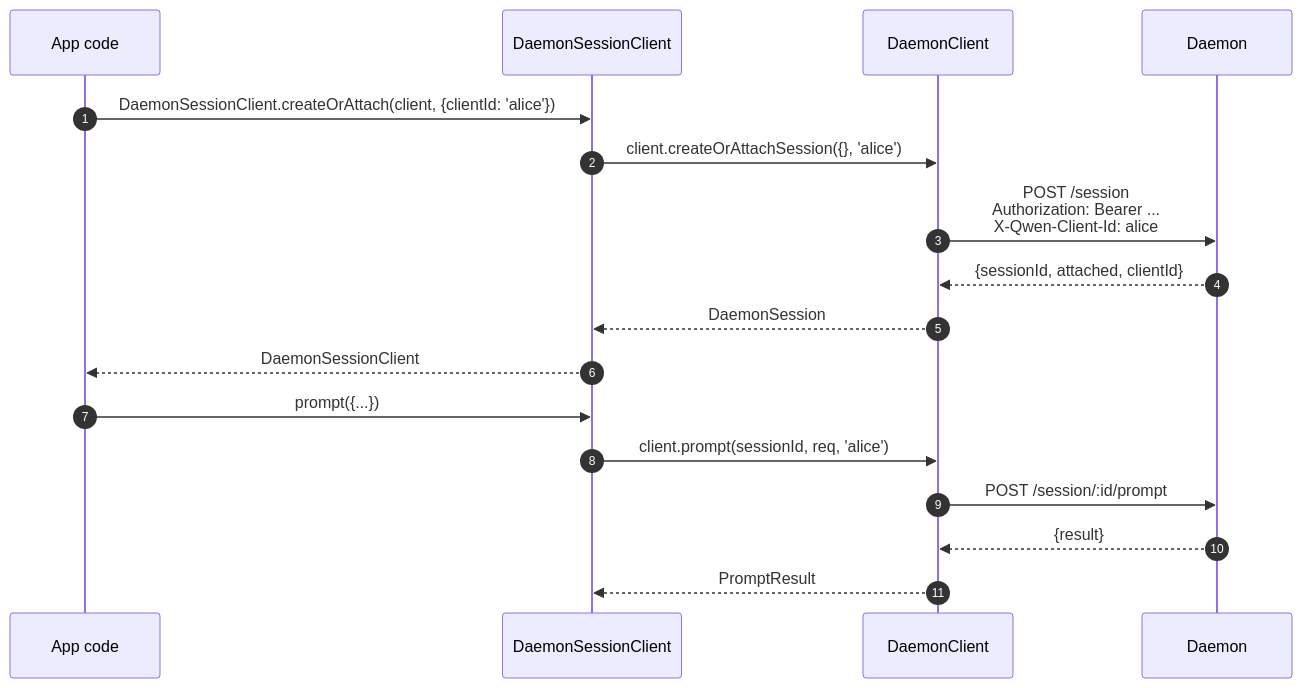
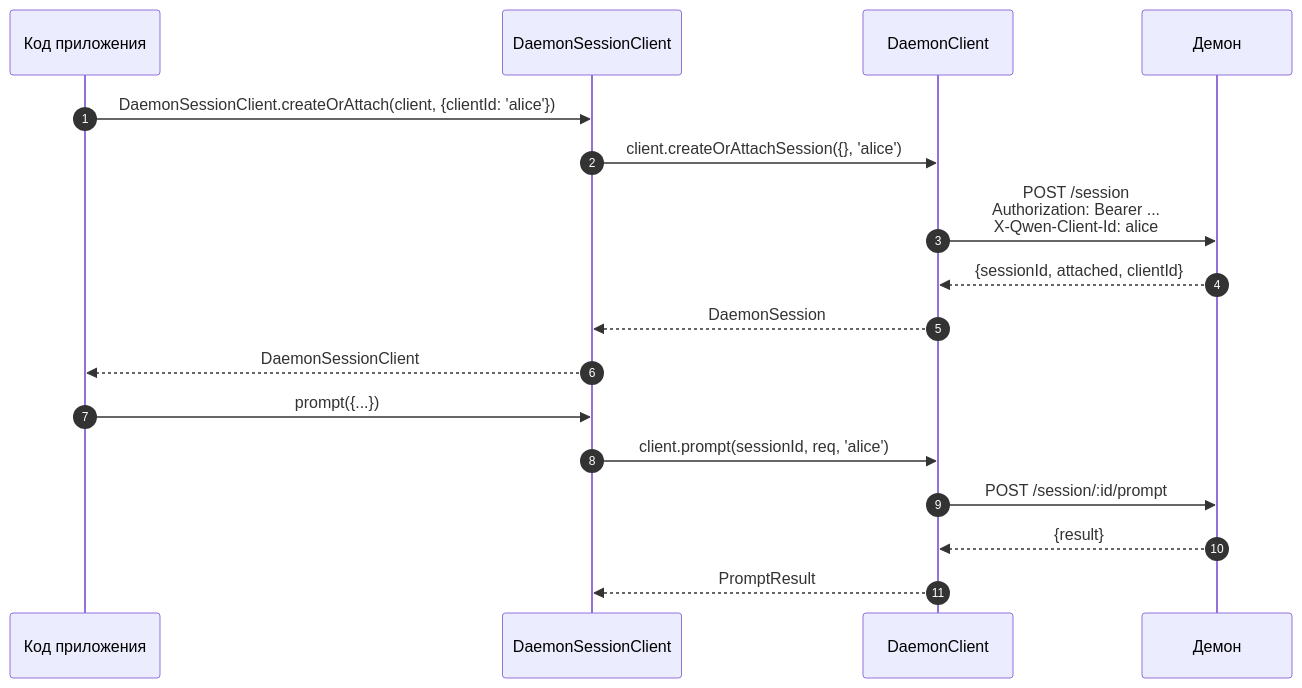
One commit to QwenLM/qwen-code-docs changed the first of 3 diagrams in website/content/ru/developers/daemon/13-sdk-daemon-client.md. Above: the diagram before and after it, drawn with Mermaid. The commit also changed other lines of this file and 162 other files, not shown here.

````diff
--- a/website/content/ru/developers/daemon/13-sdk-daemon-client.md
+++ b/website/content/ru/developers/daemon/13-sdk-daemon-client.md
@@ -133,21 +133,21 @@
 ```mermaid
 sequenceDiagram
     autonumber
-    participant App as App code
+    participant App as Код приложения
     participant SC as DaemonSessionClient
     participant DC as DaemonClient
-    participant D as Daemon
+    participant D as Демон
 
     App->>SC: DaemonSessionClient.createOrAttach(client, {clientId: 'alice'})
     SC->>DC: client.createOrAttachSession({}, 'alice')
     DC->>D: POST /session<br/>Authorization: Bearer ...<br/>X-Qwen-Client-Id: alice
     D-->>DC: {sessionId, attached, clientId}
     DC-->>SC: DaemonSession
     SC-->>App: DaemonSessionClient
 
     App->>SC: prompt({...})
     SC->>DC: client.prompt(sessionId, req, 'alice')
     DC->>D: POST /session/:id/prompt
     D-->>DC: {result}
     DC-->>SC: PromptResult
 ```
````
